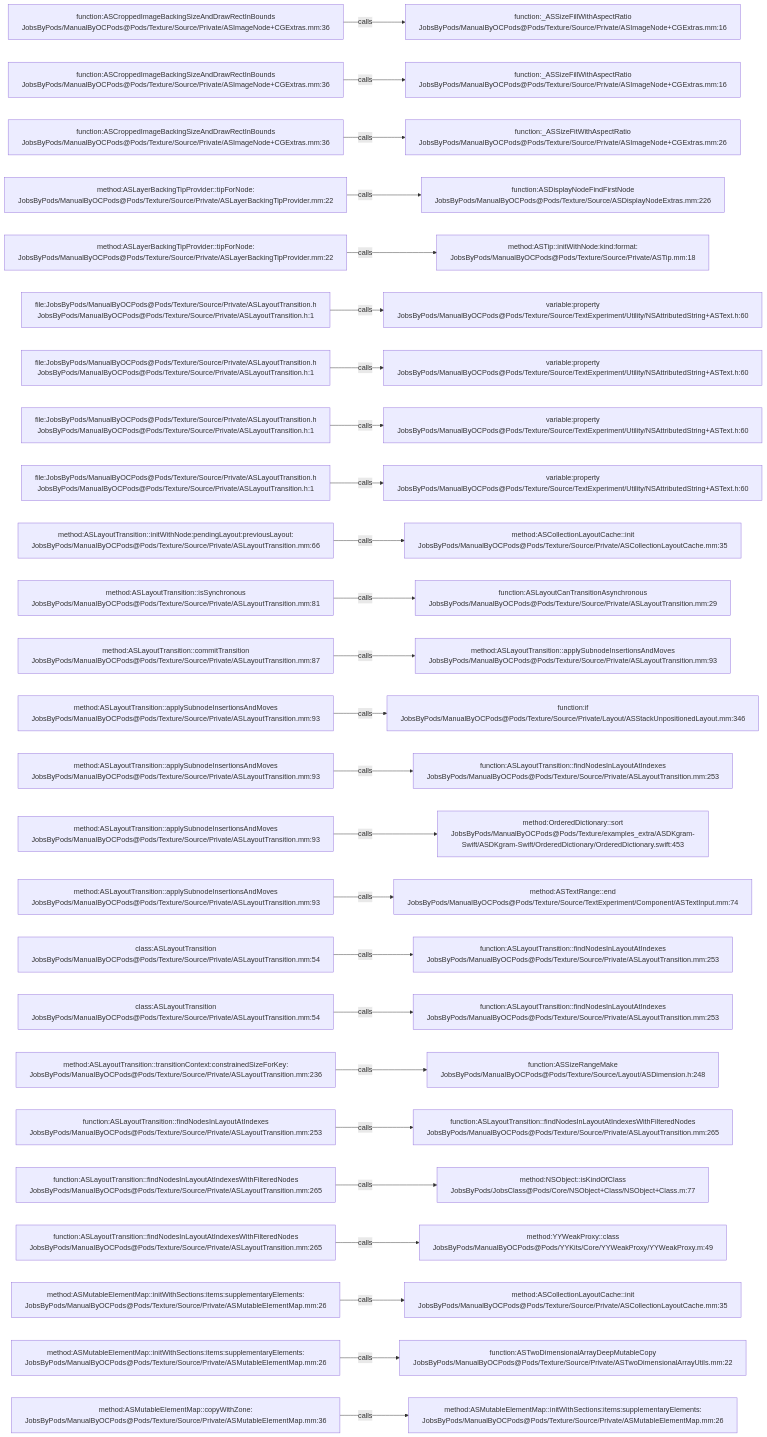
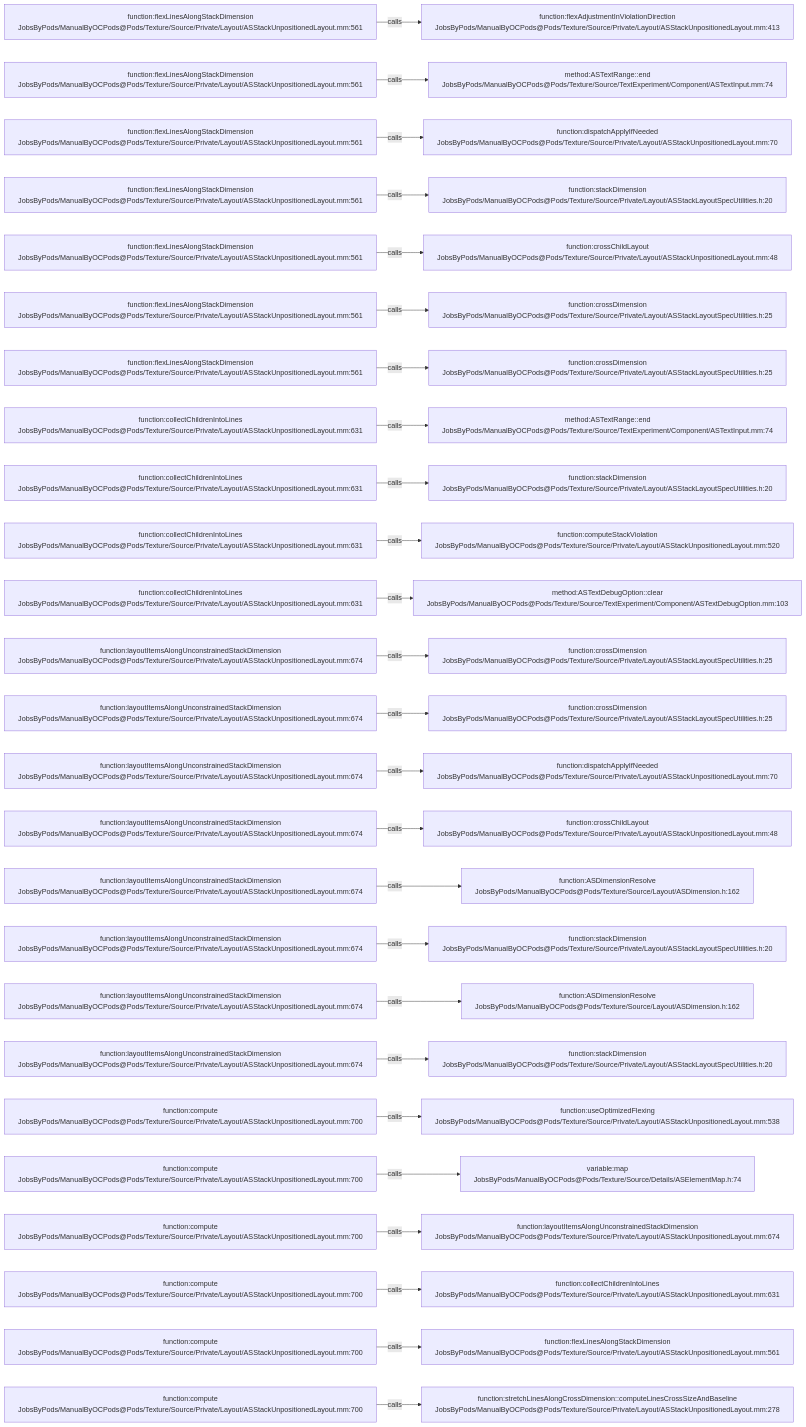
One commit to JobsKits/JobsOCBaseConfigDemo changed the diagram in .codegraph/codegraph.md/graphs/calls-188.md. Above: the diagram before and after it, drawn with Mermaid. The commit also changed 1448 other files, not shown here.

````diff
--- a/.codegraph/codegraph.md/graphs/calls-188.md
+++ b/.codegraph/codegraph.md/graphs/calls-188.md
@@ -13,78 +13,78 @@
 ```mermaid
 flowchart LR
-  S1["function:ASCroppedImageBackingSizeAndDrawRectInBounds<br/>JobsByPods/ManualByOCPods@Pods/Texture/Source/Private/ASImageNode+CGExtras.mm:36"]
-  T1["function:_ASSizeFillWithAspectRatio<br/>JobsByPods/ManualByOCPods@Pods/Texture/Source/Private/ASImageNode+CGExtras.mm:16"]
+  S1["function:flexLinesAlongStackDimension<br/>JobsByPods/ManualByOCPods@Pods/Texture/Source/Private/Layout/ASStackUnpositionedLayout.mm:561"]
+  T1["function:flexAdjustmentInViolationDirection<br/>JobsByPods/ManualByOCPods@Pods/Texture/Source/Private/Layout/ASStackUnpositionedLayout.mm:413"]
   S1 -->|calls| T1
-  S2["function:ASCroppedImageBackingSizeAndDrawRectInBounds<br/>JobsByPods/ManualByOCPods@Pods/Texture/Source/Private/ASImageNode+CGExtras.mm:36"]
-  T2["function:_ASSizeFillWithAspectRatio<br/>JobsByPods/ManualByOCPods@Pods/Texture/Source/Private/ASImageNode+CGExtras.mm:16"]
+  S2["function:flexLinesAlongStackDimension<br/>JobsByPods/ManualByOCPods@Pods/Texture/Source/Private/Layout/ASStackUnpositionedLayout.mm:561"]
+  T2["method:ASTextRange::end<br/>JobsByPods/ManualByOCPods@Pods/Texture/Source/TextExperiment/Component/ASTextInput.mm:74"]
   S2 -->|calls| T2
-  S3["function:ASCroppedImageBackingSizeAndDrawRectInBounds<br/>JobsByPods/ManualByOCPods@Pods/Texture/Source/Private/ASImageNode+CGExtras.mm:36"]
-  T3["function:_ASSizeFitWithAspectRatio<br/>JobsByPods/ManualByOCPods@Pods/Texture/Source/Private/ASImageNode+CGExtras.mm:26"]
+  S3["function:flexLinesAlongStackDimension<br/>JobsByPods/ManualByOCPods@Pods/Texture/Source/Private/Layout/ASStackUnpositionedLayout.mm:561"]
+  T3["function:dispatchApplyIfNeeded<br/>JobsByPods/ManualByOCPods@Pods/Texture/Source/Private/Layout/ASStackUnpositionedLayout.mm:70"]
   S3 -->|calls| T3
-  S4["method:ASLayerBackingTipProvider::tipForNode:<br/>JobsByPods/ManualByOCPods@Pods/Texture/Source/Private/ASLayerBackingTipProvider.mm:22"]
-  T4["function:ASDisplayNodeFindFirstNode<br/>JobsByPods/ManualByOCPods@Pods/Texture/Source/ASDisplayNodeExtras.mm:226"]
+  S4["function:flexLinesAlongStackDimension<br/>JobsByPods/ManualByOCPods@Pods/Texture/Source/Private/Layout/ASStackUnpositionedLayout.mm:561"]
+  T4["function:stackDimension<br/>JobsByPods/ManualByOCPods@Pods/Texture/Source/Private/Layout/ASStackLayoutSpecUtilities.h:20"]
   S4 -->|calls| T4
-  S5["method:ASLayerBackingTipProvider::tipForNode:<br/>JobsByPods/ManualByOCPods@Pods/Texture/Source/Private/ASLayerBackingTipProvider.mm:22"]
-  T5["method:ASTip::initWithNode:kind:format:<br/>JobsByPods/ManualByOCPods@Pods/Texture/Source/Private/ASTip.mm:18"]
+  S5["function:flexLinesAlongStackDimension<br/>JobsByPods/ManualByOCPods@Pods/Texture/Source/Private/Layout/ASStackUnpositionedLayout.mm:561"]
+  T5["function:crossChildLayout<br/>JobsByPods/ManualByOCPods@Pods/Texture/Source/Private/Layout/ASStackUnpositionedLayout.mm:48"]
   S5 -->|calls| T5
-  S6["file:JobsByPods/ManualByOCPods@Pods/Texture/Source/Private/ASLayoutTransition.h<br/>JobsByPods/ManualByOCPods@Pods/Texture/Source/Private/ASLayoutTransition.h:1"]
-  T6["variable:property<br/>JobsByPods/ManualByOCPods@Pods/Texture/Source/TextExperiment/Utility/NSAttributedString+ASText.h:60"]
+  S6["function:flexLinesAlongStackDimension<br/>JobsByPods/ManualByOCPods@Pods/Texture/Source/Private/Layout/ASStackUnpositionedLayout.mm:561"]
+  T6["function:crossDimension<br/>JobsByPods/ManualByOCPods@Pods/Texture/Source/Private/Layout/ASStackLayoutSpecUtilities.h:25"]
   S6 -->|calls| T6
-  S7["file:JobsByPods/ManualByOCPods@Pods/Texture/Source/Private/ASLayoutTransition.h<br/>JobsByPods/ManualByOCPods@Pods/Texture/Source/Private/ASLayoutTransition.h:1"]
-  T7["variable:property<br/>JobsByPods/ManualByOCPods@Pods/Texture/Source/TextExperiment/Utility/NSAttributedString+ASText.h:60"]
+  S7["function:flexLinesAlongStackDimension<br/>JobsByPods/ManualByOCPods@Pods/Texture/Source/Private/Layout/ASStackUnpositionedLayout.mm:561"]
+  T7["function:crossDimension<br/>JobsByPods/ManualByOCPods@Pods/Texture/Source/Private/Layout/ASStackLayoutSpecUtilities.h:25"]
   S7 -->|calls| T7
-  S8["file:JobsByPods/ManualByOCPods@Pods/Texture/Source/Private/ASLayoutTransition.h<br/>JobsByPods/ManualByOCPods@Pods/Texture/Source/Private/ASLayoutTransition.h:1"]
-  T8["variable:property<br/>JobsByPods/ManualByOCPods@Pods/Texture/Source/TextExperiment/Utility/NSAttributedString+ASText.h:60"]
+  S8["function:collectChildrenIntoLines<br/>JobsByPods/ManualByOCPods@Pods/Texture/Source/Private/Layout/ASStackUnpositionedLayout.mm:631"]
+  T8["method:ASTextRange::end<br/>JobsByPods/ManualByOCPods@Pods/Texture/Source/TextExperiment/Component/ASTextInput.mm:74"]
   S8 -->|calls| T8
-  S9["file:JobsByPods/ManualByOCPods@Pods/Texture/Source/Private/ASLayoutTransition.h<br/>JobsByPods/ManualByOCPods@Pods/Texture/Source/Private/ASLayoutTransition.h:1"]
-  T9["variable:property<br/>JobsByPods/ManualByOCPods@Pods/Texture/Source/TextExperiment/Utility/NSAttributedString+ASText.h:60"]
+  S9["function:collectChildrenIntoLines<br/>JobsByPods/ManualByOCPods@Pods/Texture/Source/Private/Layout/ASStackUnpositionedLayout.mm:631"]
+  T9["function:stackDimension<br/>JobsByPods/ManualByOCPods@Pods/Texture/Source/Private/Layout/ASStackLayoutSpecUtilities.h:20"]
   S9 -->|calls| T9
-  S10["method:ASLayoutTransition::initWithNode:pendingLayout:previousLayout:<br/>JobsByPods/ManualByOCPods@Pods/Texture/Source/Private/ASLayoutTransition.mm:66"]
-  T10["method:ASCollectionLayoutCache::init<br/>JobsByPods/ManualByOCPods@Pods/Texture/Source/Private/ASCollectionLayoutCache.mm:35"]
+  S10["function:collectChildrenIntoLines<br/>JobsByPods/ManualByOCPods@Pods/Texture/Source/Private/Layout/ASStackUnpositionedLayout.mm:631"]
+  T10["function:computeStackViolation<br/>JobsByPods/ManualByOCPods@Pods/Texture/Source/Private/Layout/ASStackUnpositionedLayout.mm:520"]
   S10 -->|calls| T10
-  S11["method:ASLayoutTransition::isSynchronous<br/>JobsByPods/ManualByOCPods@Pods/Texture/Source/Private/ASLayoutTransition.mm:81"]
-  T11["function:ASLayoutCanTransitionAsynchronous<br/>JobsByPods/ManualByOCPods@Pods/Texture/Source/Private/ASLayoutTransition.mm:29"]
+  S11["function:collectChildrenIntoLines<br/>JobsByPods/ManualByOCPods@Pods/Texture/Source/Private/Layout/ASStackUnpositionedLayout.mm:631"]
+  T11["method:ASTextDebugOption::clear<br/>JobsByPods/ManualByOCPods@Pods/Texture/Source/TextExperiment/Component/ASTextDebugOption.mm:103"]
   S11 -->|calls| T11
-  S12["method:ASLayoutTransition::commitTransition<br/>JobsByPods/ManualByOCPods@Pods/Texture/Source/Private/ASLayoutTransition.mm:87"]
-  T12["method:ASLayoutTransition::applySubnodeInsertionsAndMoves<br/>JobsByPods/ManualByOCPods@Pods/Texture/Source/Private/ASLayoutTransition.mm:93"]
+  S12["function:layoutItemsAlongUnconstrainedStackDimension<br/>JobsByPods/ManualByOCPods@Pods/Texture/Source/Private/Layout/ASStackUnpositionedLayout.mm:674"]
+  T12["function:crossDimension<br/>JobsByPods/ManualByOCPods@Pods/Texture/Source/Private/Layout/ASStackLayoutSpecUtilities.h:25"]
   S12 -->|calls| T12
-  S13["method:ASLayoutTransition::applySubnodeInsertionsAndMoves<br/>JobsByPods/ManualByOCPods@Pods/Texture/Source/Private/ASLayoutTransition.mm:93"]
-  T13["function:if<br/>JobsByPods/ManualByOCPods@Pods/Texture/Source/Private/Layout/ASStackUnpositionedLayout.mm:346"]
+  S13["function:layoutItemsAlongUnconstrainedStackDimension<br/>JobsByPods/ManualByOCPods@Pods/Texture/Source/Private/Layout/ASStackUnpositionedLayout.mm:674"]
+  T13["function:crossDimension<br/>JobsByPods/ManualByOCPods@Pods/Texture/Source/Private/Layout/ASStackLayoutSpecUtilities.h:25"]
   S13 -->|calls| T13
-  S14["method:ASLayoutTransition::applySubnodeInsertionsAndMoves<br/>JobsByPods/ManualByOCPods@Pods/Texture/Source/Private/ASLayoutTransition.mm:93"]
-  T14["function:ASLayoutTransition::findNodesInLayoutAtIndexes<br/>JobsByPods/ManualByOCPods@Pods/Texture/Source/Private/ASLayoutTransition.mm:253"]
+  S14["function:layoutItemsAlongUnconstrainedStackDimension<br/>JobsByPods/ManualByOCPods@Pods/Texture/Source/Private/Layout/ASStackUnpositionedLayout.mm:674"]
+  T14["function:dispatchApplyIfNeeded<br/>JobsByPods/ManualByOCPods@Pods/Texture/Source/Private/Layout/ASStackUnpositionedLayout.mm:70"]
   S14 -->|calls| T14
-  S15["method:ASLayoutTransition::applySubnodeInsertionsAndMoves<br/>JobsByPods/ManualByOCPods@Pods/Texture/Source/Private/ASLayoutTransition.mm:93"]
-  T15["method:OrderedDictionary::sort<br/>JobsByPods/ManualByOCPods@Pods/Texture/examples_extra/ASDKgram-Swift/ASDKgram-Swift/OrderedDictionary/OrderedDictionary.swift:453"]
+  S15["function:layoutItemsAlongUnconstrainedStackDimension<br/>JobsByPods/ManualByOCPods@Pods/Texture/Source/Private/Layout/ASStackUnpositionedLayout.mm:674"]
+  T15["function:crossChildLayout<br/>JobsByPods/ManualByOCPods@Pods/Texture/Source/Private/Layout/ASStackUnpositionedLayout.mm:48"]
   S15 -->|calls| T15
-  S16["method:ASLayoutTransition::applySubnodeInsertionsAndMoves<br/>JobsByPods/ManualByOCPods@Pods/Texture/Source/Private/ASLayoutTransition.mm:93"]
-  T16["method:ASTextRange::end<br/>JobsByPods/ManualByOCPods@Pods/Texture/Source/TextExperiment/Component/ASTextInput.mm:74"]
+  S16["function:layoutItemsAlongUnconstrainedStackDimension<br/>JobsByPods/ManualByOCPods@Pods/Texture/Source/Private/Layout/ASStackUnpositionedLayout.mm:674"]
+  T16["function:ASDimensionResolve<br/>JobsByPods/ManualByOCPods@Pods/Texture/Source/Layout/ASDimension.h:162"]
   S16 -->|calls| T16
-  S17["class:ASLayoutTransition<br/>JobsByPods/ManualByOCPods@Pods/Texture/Source/Private/ASLayoutTransition.mm:54"]
-  T17["function:ASLayoutTransition::findNodesInLayoutAtIndexes<br/>JobsByPods/ManualByOCPods@Pods/Texture/Source/Private/ASLayoutTransition.mm:253"]
+  S17["function:layoutItemsAlongUnconstrainedStackDimension<br/>JobsByPods/ManualByOCPods@Pods/Texture/Source/Private/Layout/ASStackUnpositionedLayout.mm:674"]
+  T17["function:stackDimension<br/>JobsByPods/ManualByOCPods@Pods/Texture/Source/Private/Layout/ASStackLayoutSpecUtilities.h:20"]
   S17 -->|calls| T17
-  S18["class:ASLayoutTransition<br/>JobsByPods/ManualByOCPods@Pods/Texture/Source/Private/ASLayoutTransition.mm:54"]
-  T18["function:ASLayoutTransition::findNodesInLayoutAtIndexes<br/>JobsByPods/ManualByOCPods@Pods/Texture/Source/Private/ASLayoutTransition.mm:253"]
+  S18["function:layoutItemsAlongUnconstrainedStackDimension<br/>JobsByPods/ManualByOCPods@Pods/Texture/Source/Private/Layout/ASStackUnpositionedLayout.mm:674"]
+  T18["function:ASDimensionResolve<br/>JobsByPods/ManualByOCPods@Pods/Texture/Source/Layout/ASDimension.h:162"]
   S18 -->|calls| T18
-  S19["method:ASLayoutTransition::transitionContext:constrainedSizeForKey:<br/>JobsByPods/ManualByOCPods@Pods/Texture/Source/Private/ASLayoutTransition.mm:236"]
-  T19["function:ASSizeRangeMake<br/>JobsByPods/ManualByOCPods@Pods/Texture/Source/Layout/ASDimension.h:248"]
+  S19["function:layoutItemsAlongUnconstrainedStackDimension<br/>JobsByPods/ManualByOCPods@Pods/Texture/Source/Private/Layout/ASStackUnpositionedLayout.mm:674"]
+  T19["function:stackDimension<br/>JobsByPods/ManualByOCPods@Pods/Texture/Source/Private/Layout/ASStackLayoutSpecUtilities.h:20"]
   S19 -->|calls| T19
-  S20["function:ASLayoutTransition::findNodesInLayoutAtIndexes<br/>JobsByPods/ManualByOCPods@Pods/Texture/Source/Private/ASLayoutTransition.mm:253"]
-  T20["function:ASLayoutTransition::findNodesInLayoutAtIndexesWithFilteredNodes<br/>JobsByPods/ManualByOCPods@Pods/Texture/Source/Private/ASLayoutTransition.mm:265"]
+  S20["function:compute<br/>JobsByPods/ManualByOCPods@Pods/Texture/Source/Private/Layout/ASStackUnpositionedLayout.mm:700"]
+  T20["function:useOptimizedFlexing<br/>JobsByPods/ManualByOCPods@Pods/Texture/Source/Private/Layout/ASStackUnpositionedLayout.mm:538"]
   S20 -->|calls| T20
-  S21["function:ASLayoutTransition::findNodesInLayoutAtIndexesWithFilteredNodes<br/>JobsByPods/ManualByOCPods@Pods/Texture/Source/Private/ASLayoutTransition.mm:265"]
-  T21["method:NSObject::isKindOfClass<br/>JobsByPods/JobsClass@Pods/Core/NSObject+Class/NSObject+Class.m:77"]
+  S21["function:compute<br/>JobsByPods/ManualByOCPods@Pods/Texture/Source/Private/Layout/ASStackUnpositionedLayout.mm:700"]
+  T21["variable:map<br/>JobsByPods/ManualByOCPods@Pods/Texture/Source/Details/ASElementMap.h:74"]
   S21 -->|calls| T21
-  S22["function:ASLayoutTransition::findNodesInLayoutAtIndexesWithFilteredNodes<br/>JobsByPods/ManualByOCPods@Pods/Texture/Source/Private/ASLayoutTransition.mm:265"]
-  T22["method:YYWeakProxy::class<br/>JobsByPods/ManualByOCPods@Pods/YYKits/Core/YYWeakProxy/YYWeakProxy.m:49"]
+  S22["function:compute<br/>JobsByPods/ManualByOCPods@Pods/Texture/Source/Private/Layout/ASStackUnpositionedLayout.mm:700"]
+  T22["function:layoutItemsAlongUnconstrainedStackDimension<br/>JobsByPods/ManualByOCPods@Pods/Texture/Source/Private/Layout/ASStackUnpositionedLayout.mm:674"]
   S22 -->|calls| T22
-  S23["method:ASMutableElementMap::initWithSections:items:supplementaryElements:<br/>JobsByPods/ManualByOCPods@Pods/Texture/Source/Private/ASMutableElementMap.mm:26"]
-  T23["method:ASCollectionLayoutCache::init<br/>JobsByPods/ManualByOCPods@Pods/Texture/Source/Private/ASCollectionLayoutCache.mm:35"]
+  S23["function:compute<br/>JobsByPods/ManualByOCPods@Pods/Texture/Source/Private/Layout/ASStackUnpositionedLayout.mm:700"]
+  T23["function:collectChildrenIntoLines<br/>JobsByPods/ManualByOCPods@Pods/Texture/Source/Private/Layout/ASStackUnpositionedLayout.mm:631"]
   S23 -->|calls| T23
-  S24["method:ASMutableElementMap::initWithSections:items:supplementaryElements:<br/>JobsByPods/ManualByOCPods@Pods/Texture/Source/Private/ASMutableElementMap.mm:26"]
-  T24["function:ASTwoDimensionalArrayDeepMutableCopy<br/>JobsByPods/ManualByOCPods@Pods/Texture/Source/Private/ASTwoDimensionalArrayUtils.mm:22"]
+  S24["function:compute<br/>JobsByPods/ManualByOCPods@Pods/Texture/Source/Private/Layout/ASStackUnpositionedLayout.mm:700"]
+  T24["function:flexLinesAlongStackDimension<br/>JobsByPods/ManualByOCPods@Pods/Texture/Source/Private/Layout/ASStackUnpositionedLayout.mm:561"]
   S24 -->|calls| T24
-  S25["method:ASMutableElementMap::copyWithZone:<br/>JobsByPods/ManualByOCPods@Pods/Texture/Source/Private/ASMutableElementMap.mm:36"]
-  T25["method:ASMutableElementMap::initWithSections:items:supplementaryElements:<br/>JobsByPods/ManualByOCPods@Pods/Texture/Source/Private/ASMutableElementMap.mm:26"]
+  S25["function:compute<br/>JobsByPods/ManualByOCPods@Pods/Texture/Source/Private/Layout/ASStackUnpositionedLayout.mm:700"]
+  T25["function:stretchLinesAlongCrossDimension::computeLinesCrossSizeAndBaseline<br/>JobsByPods/ManualByOCPods@Pods/Texture/Source/Private/Layout/ASStackUnpositionedLayout.mm:278"]
   S25 -->|calls| T25
 ```
````
